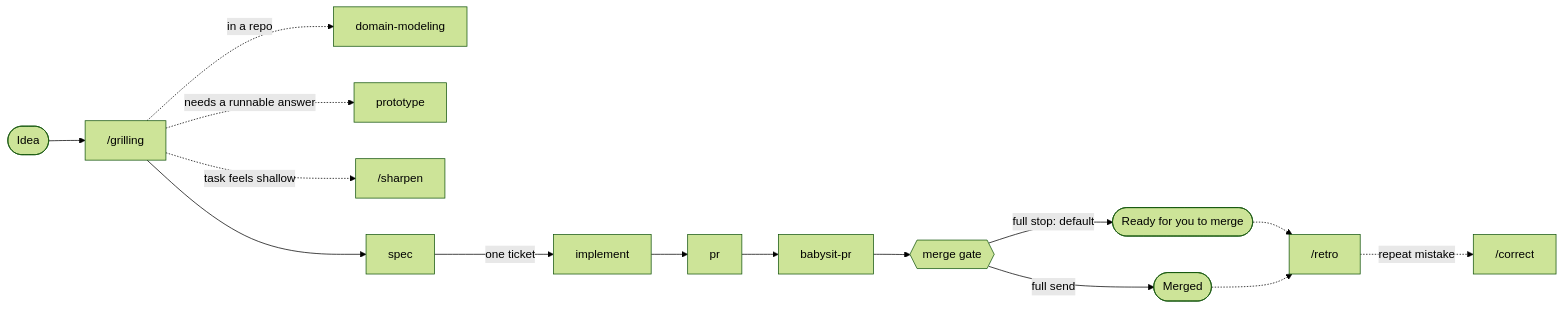
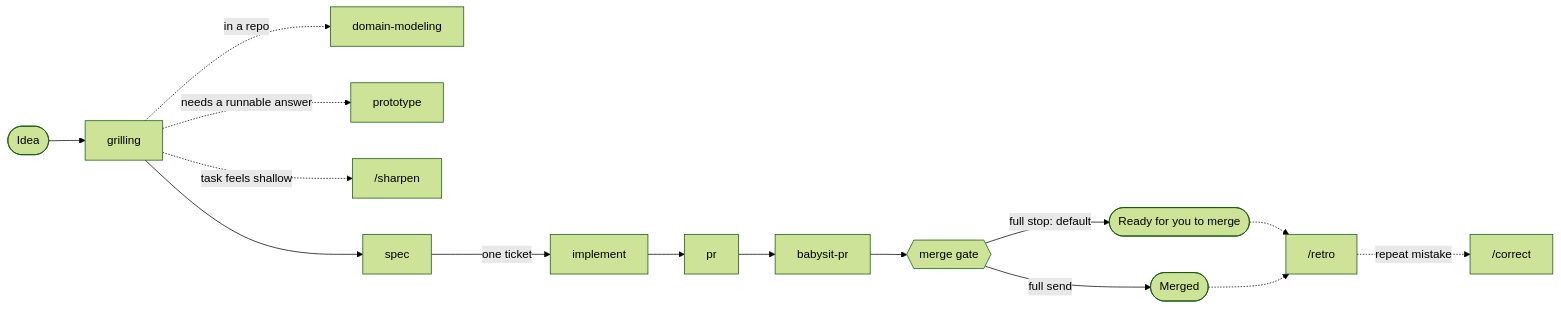
One commit to nicksalt/skills changed the first of 4 diagrams in docs/flows.md. Above: the diagram before and after it, drawn with Mermaid (forest theme). The commit also changed other lines of this file and 2 other files, not shown here.

Commit message:
Mark grilling and research as auto-invocable in the docs

````diff
--- a/docs/flows.md
+++ b/docs/flows.md
@@ -7,17 +7,17 @@
 ```mermaid
 flowchart LR
-  idea([Idea]) --> grill["/grilling"]
+  idea([Idea]) --> grill[grilling]
   grill -.->|in a repo| dm[domain-modeling]
   grill -.->|needs a runnable answer| proto[prototype]
   grill -.->|task feels shallow| sharpen["/sharpen"]
   grill --> spec[spec]
   spec -->|one ticket| impl[implement]
   impl --> pr[pr]
   pr --> babysit[babysit-pr]
   babysit --> gate{{merge gate}}
   gate -->|full stop: default| ready([Ready for you to merge])
   gate -->|full send| merged([Merged])
   ready -.-> retro["/retro"]
   merged -.-> retro
   retro -.->|repeat mistake| correct["/correct"]
 ```
````
